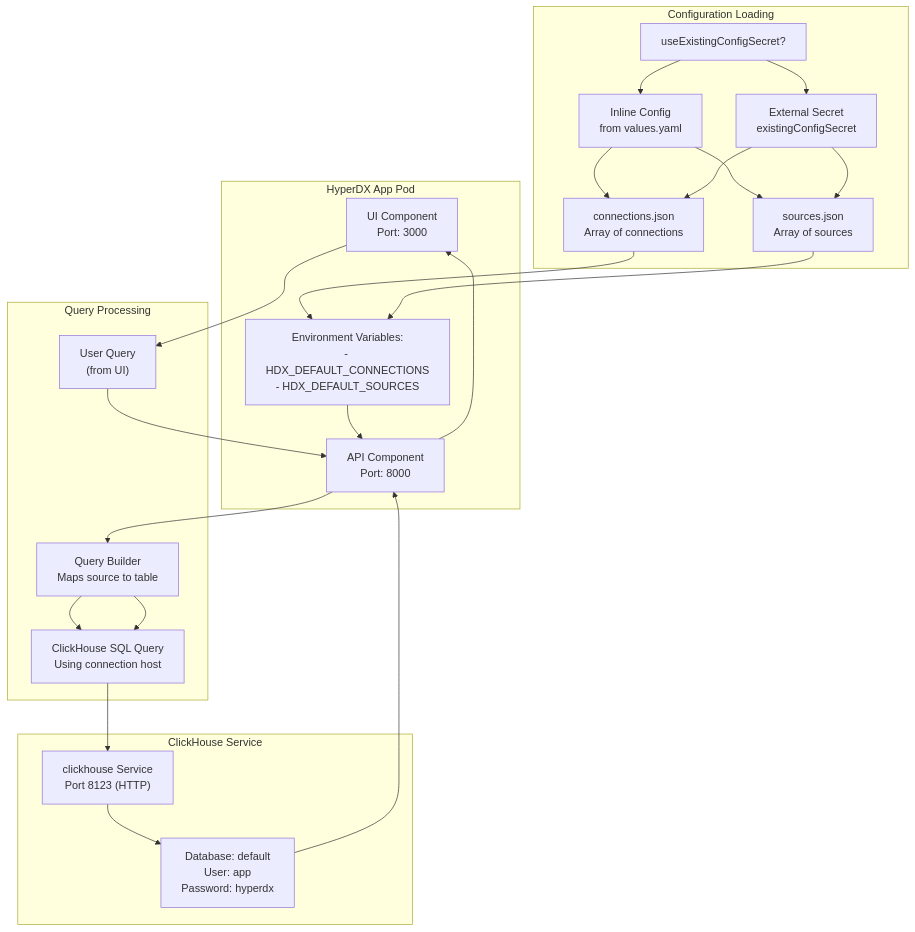
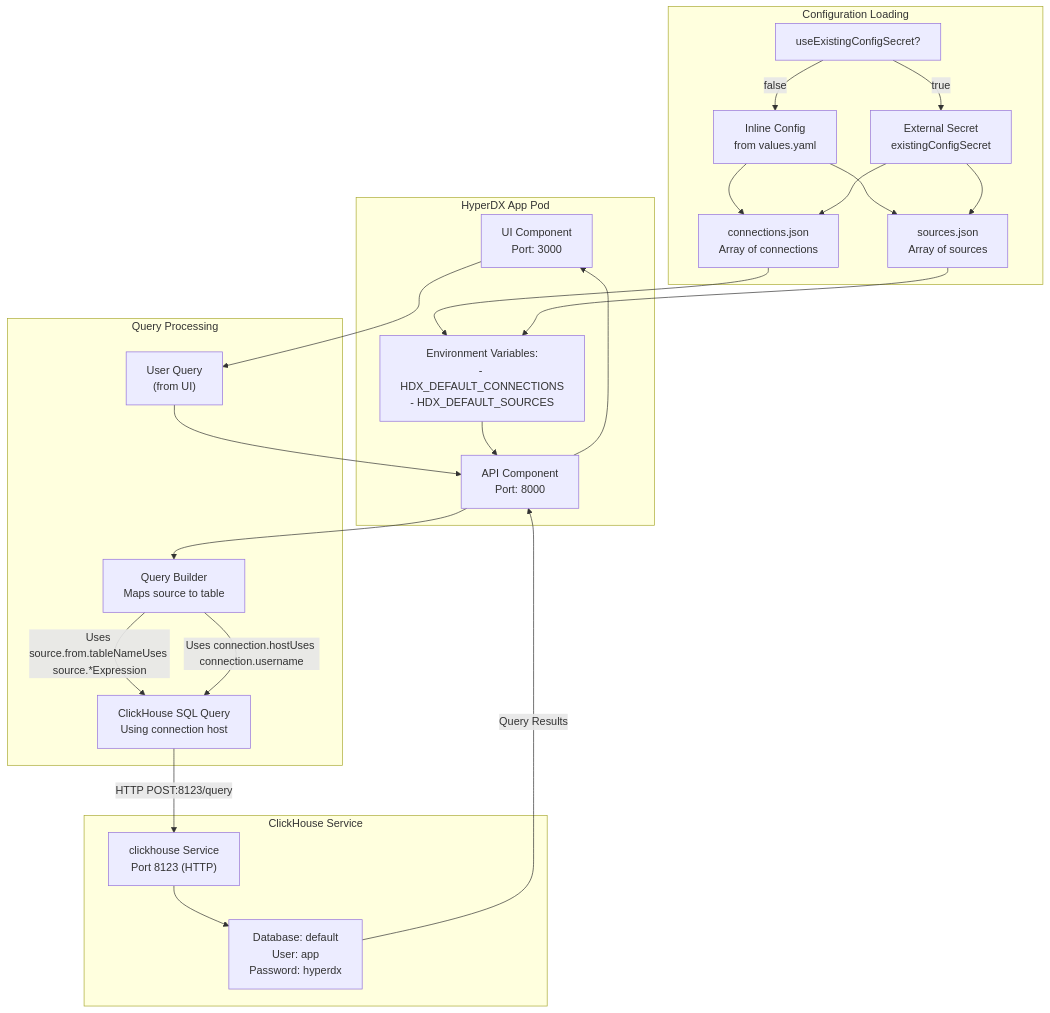
One commit to openchoreo/openchoreo changed the sixth of 7 diagrams in docs/hyperdxio-helm-charts-docs/Data-Flow-and-Integration.md. Above: the diagram before and after it, drawn with Mermaid. The commit also changed other lines of this file and 85 other files, not shown here.

Commit message:
feat: Add new workflow and specification templates, update Helm chart dependencies, and clarify documentation diagrams.

````diff
--- a/docs/hyperdxio-helm-charts-docs/Data-Flow-and-Integration.md
+++ b/docs/hyperdxio-helm-charts-docs/Data-Flow-and-Integration.md
@@ -571,61 +571,61 @@
 ```mermaid
 flowchart TD
 
 UI["UI Component<br>Port: 3000"]
 API["API Component<br>Port: 8000"]
 ConfigEnv["Environment Variables:<br>- HDX_DEFAULT_CONNECTIONS<br>- HDX_DEFAULT_SOURCES"]
 UseSecret["useExistingConfigSecret?"]
 InlineConfig["Inline Config<br>from values.yaml"]
 ExternalSecret["External Secret<br>existingConfigSecret"]
 ConnectionsJSON["connections.json<br>Array of connections"]
 SourcesJSON["sources.json<br>Array of sources"]
 UserQuery["User Query<br>(from UI)"]
 QueryBuilder["Query Builder<br>Maps source to table"]
 ClickHouseQuery["ClickHouse SQL Query<br>Using connection host"]
 CHService["clickhouse Service<br>Port 8123 (HTTP)"]
 CHDatabase["Database: default<br>User: app<br>Password: hyperdx"]
 
 ConnectionsJSON --> ConfigEnv
 SourcesJSON --> ConfigEnv
 UI --> UserQuery
 UserQuery --> API
 API --> QueryBuilder
-ClickHouseQuery --> CHService
-CHDatabase --> API
+ClickHouseQuery -->|"HTTP POST:8123/query"| CHService
+CHDatabase -->|"Query Results"| API
 
 subgraph subGraph3 ["ClickHouse Service"]
     CHService
     CHDatabase
     CHService --> CHDatabase
 end
 
 subgraph subGraph2 ["Query Processing"]
     UserQuery
     QueryBuilder
     ClickHouseQuery
-    QueryBuilder --> ClickHouseQuery
-    QueryBuilder --> ClickHouseQuery
+    QueryBuilder -->|"Uses source.from.tableNameUses source.*Expression"| ClickHouseQuery
+    QueryBuilder -->|"Uses connection.hostUses connection.username"| ClickHouseQuery
 end
 
 subgraph subGraph1 ["Configuration Loading"]
     UseSecret
     InlineConfig
     ExternalSecret
     ConnectionsJSON
     SourcesJSON
-    UseSecret --> InlineConfig
-    UseSecret --> ExternalSecret
+    UseSecret -->|"false"| InlineConfig
+    UseSecret -->|"true"| ExternalSecret
     InlineConfig --> ConnectionsJSON
     InlineConfig --> SourcesJSON
     ExternalSecret --> ConnectionsJSON
     ExternalSecret --> SourcesJSON
 end
 
 subgraph subGraph0 ["HyperDX App Pod"]
     UI
     API
     ConfigEnv
     ConfigEnv --> API
     API --> UI
 end
 ```
````
